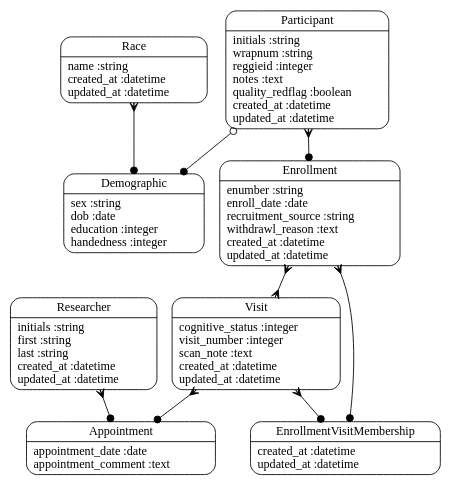
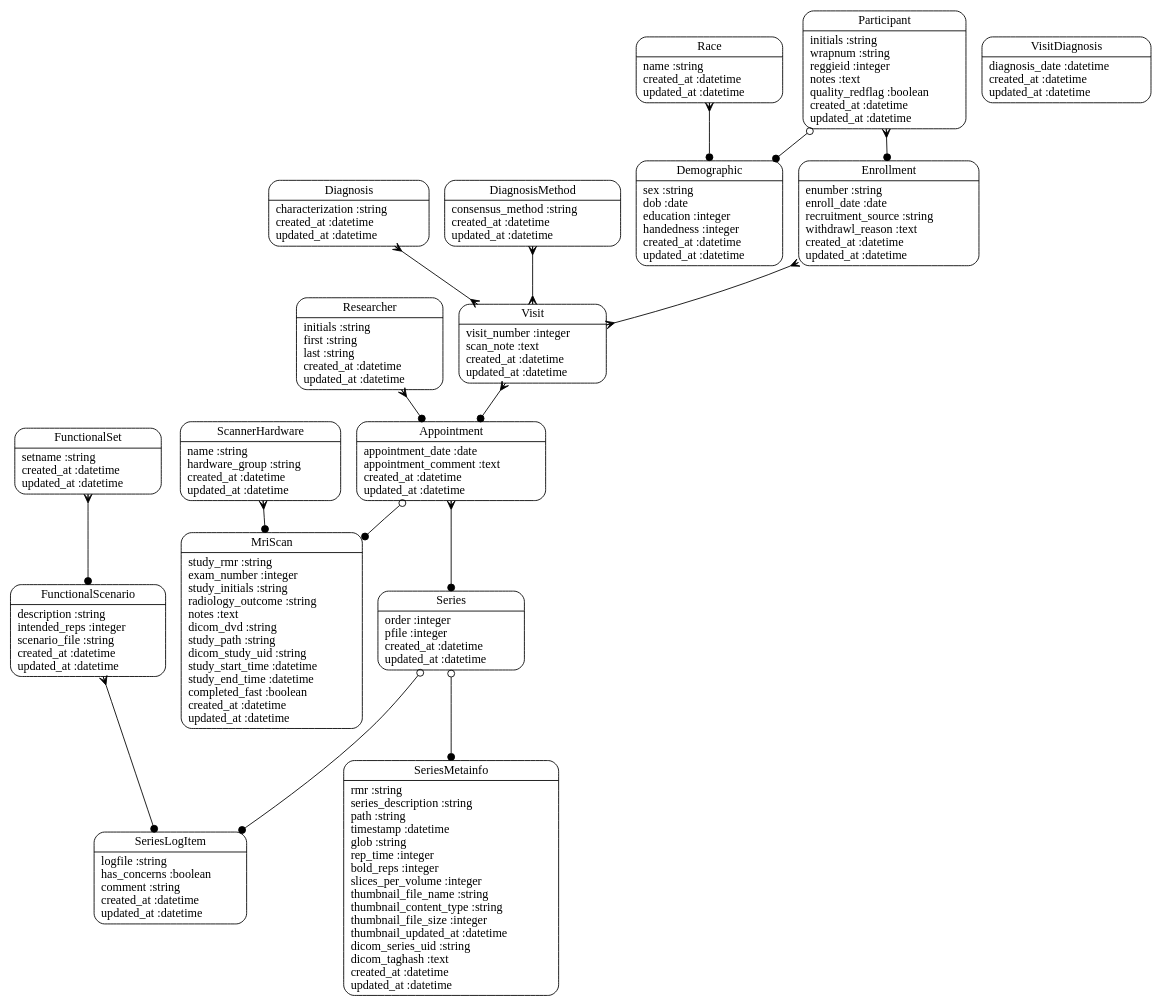
One commit to kastman/WADRC-Shared changed the diagram in models.dot. Above: the diagram before and after it, drawn with Graphviz. The commit also changed 8 other files, not shown here.

Commit message:
Has_many SeriesLogItems instead of has_one

```diff
--- a/models.dot
+++ b/models.dot
@@ -1,19 +1,35 @@
 digraph models_diagram {
 	graph[overlap=false, splines=true]
-	"Appointment" [shape=Mrecord, label="{Appointment|appointment_date :date\lappointment_comment :text\l}"]
-	"Demographic" [shape=Mrecord, label="{Demographic|sex :string\ldob :date\leducation :integer\lhandedness :integer\l}"]
+	"Appointment" [shape=Mrecord, label="{Appointment|appointment_date :date\lappointment_comment :text\lcreated_at :datetime\lupdated_at :datetime\l}"]
+	"Demographic" [shape=Mrecord, label="{Demographic|sex :string\ldob :date\leducation :integer\lhandedness :integer\lcreated_at :datetime\lupdated_at :datetime\l}"]
+	"Diagnosis" [shape=Mrecord, label="{Diagnosis|characterization :string\lcreated_at :datetime\lupdated_at :datetime\l}"]
+	"DiagnosisMethod" [shape=Mrecord, label="{DiagnosisMethod|consensus_method :string\lcreated_at :datetime\lupdated_at :datetime\l}"]
 	"Enrollment" [shape=Mrecord, label="{Enrollment|enumber :string\lenroll_date :date\lrecruitment_source :string\lwithdrawl_reason :text\lcreated_at :datetime\lupdated_at :datetime\l}"]
-	"EnrollmentVisitMembership" [shape=Mrecord, label="{EnrollmentVisitMembership|created_at :datetime\lupdated_at :datetime\l}"]
+	"FunctionalScenario" [shape=Mrecord, label="{FunctionalScenario|description :string\lintended_reps :integer\lscenario_file :string\lcreated_at :datetime\lupdated_at :datetime\l}"]
+	"FunctionalSet" [shape=Mrecord, label="{FunctionalSet|setname :string\lcreated_at :datetime\lupdated_at :datetime\l}"]
+	"MriScan" [shape=Mrecord, label="{MriScan|study_rmr :string\lexam_number :integer\lstudy_initials :string\lradiology_outcome :string\lnotes :text\ldicom_dvd :string\lstudy_path :string\ldicom_study_uid :string\lstudy_start_time :datetime\lstudy_end_time :datetime\lcompleted_fast :boolean\lcreated_at :datetime\lupdated_at :datetime\l}"]
 	"Participant" [shape=Mrecord, label="{Participant|initials :string\lwrapnum :string\lreggieid :integer\lnotes :text\lquality_redflag :boolean\lcreated_at :datetime\lupdated_at :datetime\l}"]
 	"Race" [shape=Mrecord, label="{Race|name :string\lcreated_at :datetime\lupdated_at :datetime\l}"]
 	"Researcher" [shape=Mrecord, label="{Researcher|initials :string\lfirst :string\llast :string\lcreated_at :datetime\lupdated_at :datetime\l}"]
-	"Visit" [shape=Mrecord, label="{Visit|cognitive_status :integer\lvisit_number :integer\lscan_note :text\lcreated_at :datetime\lupdated_at :datetime\l}"]
-	"Enrollment" -> "EnrollmentVisitMembership" [arrowtail=crow, arrowhead=dot, dir=both]
+	"ScannerHardware" [shape=Mrecord, label="{ScannerHardware|name :string\lhardware_group :string\lcreated_at :datetime\lupdated_at :datetime\l}"]
+	"Series" [shape=Mrecord, label="{Series|order :integer\lpfile :integer\lcreated_at :datetime\lupdated_at :datetime\l}"]
+	"SeriesLogItem" [shape=Mrecord, label="{SeriesLogItem|logfile :string\lhas_concerns :boolean\lcomment :string\lcreated_at :datetime\lupdated_at :datetime\l}"]
+	"SeriesMetainfo" [shape=Mrecord, label="{SeriesMetainfo|rmr :string\lseries_description :string\lpath :string\ltimestamp :datetime\lglob :string\lrep_time :integer\lbold_reps :integer\lslices_per_volume :integer\lthumbnail_file_name :string\lthumbnail_content_type :string\lthumbnail_file_size :integer\lthumbnail_updated_at :datetime\ldicom_series_uid :string\ldicom_taghash :text\lcreated_at :datetime\lupdated_at :datetime\l}"]
+	"Visit" [shape=Mrecord, label="{Visit|visit_number :integer\lscan_note :text\lcreated_at :datetime\lupdated_at :datetime\l}"]
+	"VisitDiagnosis" [shape=Mrecord, label="{VisitDiagnosis|diagnosis_date :datetime\lcreated_at :datetime\lupdated_at :datetime\l}"]
+	"Appointment" -> "MriScan" [arrowtail=odot, arrowhead=dot, dir=both]
+	"Appointment" -> "Series" [arrowtail=crow, arrowhead=dot, dir=both]
+	"Diagnosis" -> "Visit" [arrowtail=crow, arrowhead=crow, dir=both]
+	"DiagnosisMethod" -> "Visit" [arrowtail=crow, arrowhead=crow, dir=both]
 	"Enrollment" -> "Visit" [arrowtail=crow, arrowhead=crow, dir=both]
+	"FunctionalScenario" -> "SeriesLogItem" [arrowtail=crow, arrowhead=dot, dir=both]
+	"FunctionalSet" -> "FunctionalScenario" [arrowtail=crow, arrowhead=dot, dir=both]
+	"Participant" -> "Demographic" [arrowtail=odot, arrowhead=dot, dir=both]
 	"Participant" -> "Enrollment" [arrowtail=crow, arrowhead=dot, dir=both]
-	"Participant" -> "Demographic" [arrowtail=odot, arrowhead=dot, dir=both]
 	"Race" -> "Demographic" [arrowtail=crow, arrowhead=dot, dir=both]
 	"Researcher" -> "Appointment" [arrowtail=crow, arrowhead=dot, dir=both]
+	"ScannerHardware" -> "MriScan" [arrowtail=crow, arrowhead=dot, dir=both]
+	"Series" -> "SeriesLogItem" [arrowtail=odot, arrowhead=dot, dir=both]
+	"Series" -> "SeriesMetainfo" [arrowtail=odot, arrowhead=dot, dir=both]
 	"Visit" -> "Appointment" [arrowtail=crow, arrowhead=dot, dir=both]
-	"Visit" -> "EnrollmentVisitMembership" [arrowtail=crow, arrowhead=dot, dir=both]
 }
```
